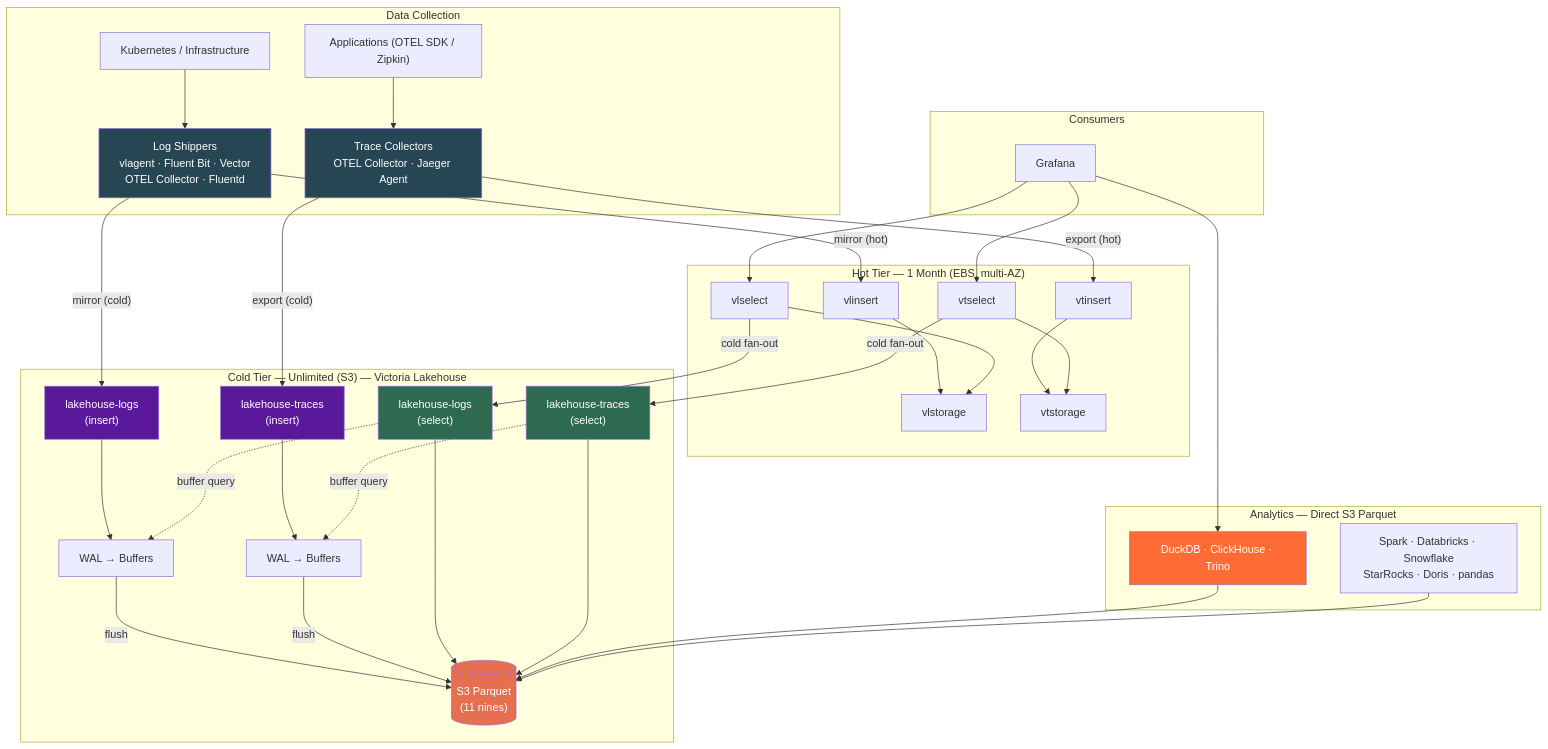
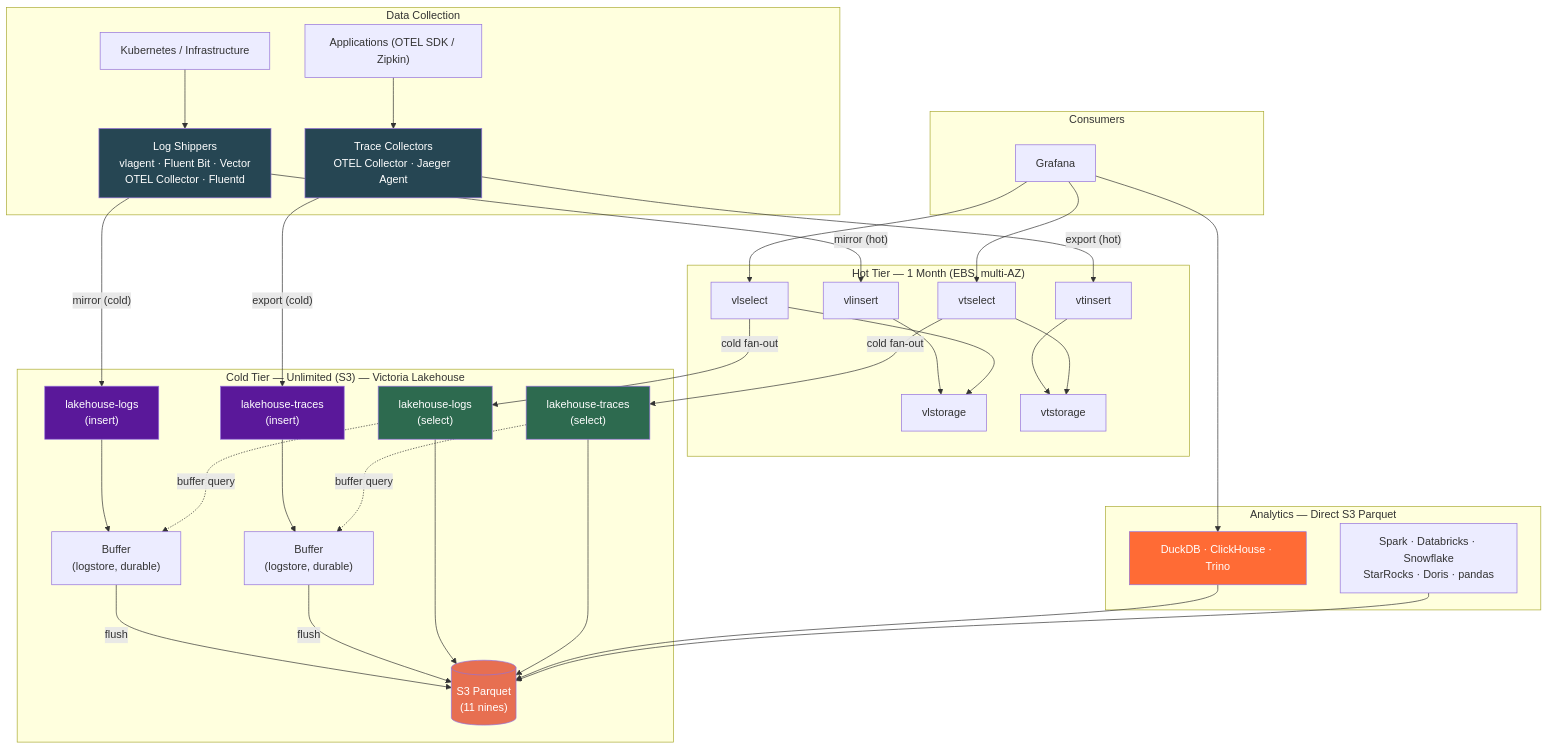
One commit to ReliablyObserve/victoria-lakehouse changed the first of 10 diagrams in README.md. Above: the diagram before and after it, drawn with Mermaid. The commit also changed other lines of this file and 5 other files, not shown here.

````diff
--- a/README.md
+++ b/README.md
@@ -150,56 +150,56 @@
 ```mermaid
 graph TB
     subgraph "Data Collection"
         K8S["Kubernetes / Infrastructure"]
         LOG["Log Shippers<br/>vlagent · Fluent Bit · Vector<br/>OTEL Collector · Fluentd"]
         APP["Applications (OTEL SDK / Zipkin)"]
         TRACE["Trace Collectors<br/>OTEL Collector · Jaeger Agent"]
         K8S --> LOG
         APP --> TRACE
     end
 
     subgraph "Hot Tier — 1 Month (EBS, multi-AZ)"
         VLI["vlinsert"] --> VLSTO["vlstorage"]
         VTI["vtinsert"] --> VTSTO["vtstorage"]
         VLSEL["vlselect"] --> VLSTO
         VTSEL["vtselect"] --> VTSTO
     end
 
     subgraph "Cold Tier — Unlimited (S3) — Victoria Lakehouse"
-        LHL["lakehouse-logs<br/>(insert)"] --> WAL1["WAL → Buffers"]
-        LHT["lakehouse-traces<br/>(insert)"] --> WAL2["WAL → Buffers"]
-        WAL1 -->|flush| S3[("S3 Parquet<br/>(11 nines)")]
-        WAL2 -->|flush| S3
+        LHL["lakehouse-logs<br/>(insert)"] --> B1["Buffer<br/>(logstore, durable)"]
+        LHT["lakehouse-traces<br/>(insert)"] --> B2["Buffer<br/>(logstore, durable)"]
+        B1 -->|flush| S3[("S3 Parquet<br/>(11 nines)")]
+        B2 -->|flush| S3
         LHLS["lakehouse-logs<br/>(select)"] --> S3
         LHTS["lakehouse-traces<br/>(select)"] --> S3
-        LHLS -.->|buffer query| WAL1
-        LHTS -.->|buffer query| WAL2
+        LHLS -.->|buffer query| B1
+        LHTS -.->|buffer query| B2
     end
 
     LOG -->|"mirror (hot)"| VLI
     LOG -->|"mirror (cold)"| LHL
     TRACE -->|"export (hot)"| VTI
     TRACE -->|"export (cold)"| LHT
 
     subgraph "Consumers"
         GF["Grafana"] --> VLSEL
         GF --> VTSEL
         VLSEL -->|cold fan-out| LHLS
         VTSEL -->|cold fan-out| LHTS
     end
 
     subgraph "Analytics — Direct S3 Parquet"
         GF --> DDB["DuckDB · ClickHouse · Trino"]
         DDB --> S3
         TRI["Spark · Databricks · Snowflake<br/>StarRocks · Doris · pandas"] --> S3
     end
 
     style S3 fill:#e76f51,color:#fff
     style LHL fill:#5a189a,color:#fff
     style LHT fill:#5a189a,color:#fff
     style LHLS fill:#2d6a4f,color:#fff
     style LHTS fill:#2d6a4f,color:#fff
     style LOG fill:#264653,color:#fff
     style TRACE fill:#264653,color:#fff
     style DDB fill:#ff6b35,color:#fff
 ```
````
